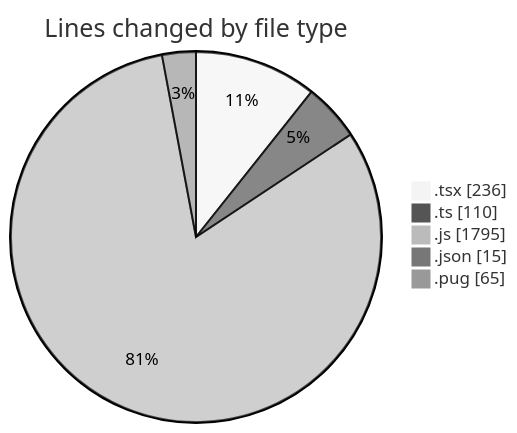
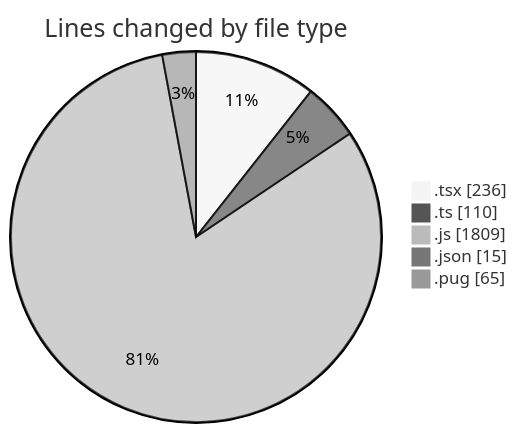
One commit to momahboobian/code-tracking changed the first of 2 diagrams in 2025-03-24/cda/README.md. Above: the diagram before and after it, drawn with Mermaid (neutral theme). The commit also changed other lines of this file and 1 other file, not shown here.

````diff
--- a/2025-03-24/cda/README.md
+++ b/2025-03-24/cda/README.md
@@ -30,9 +30,9 @@
 ```mermaid
 pie showData
 title Lines changed by file type
 ".tsx" : 236
 ".ts" : 110
-".js" : 1795
+".js" : 1809
 ".json" : 15
 ".pug" : 65
 ```
````
